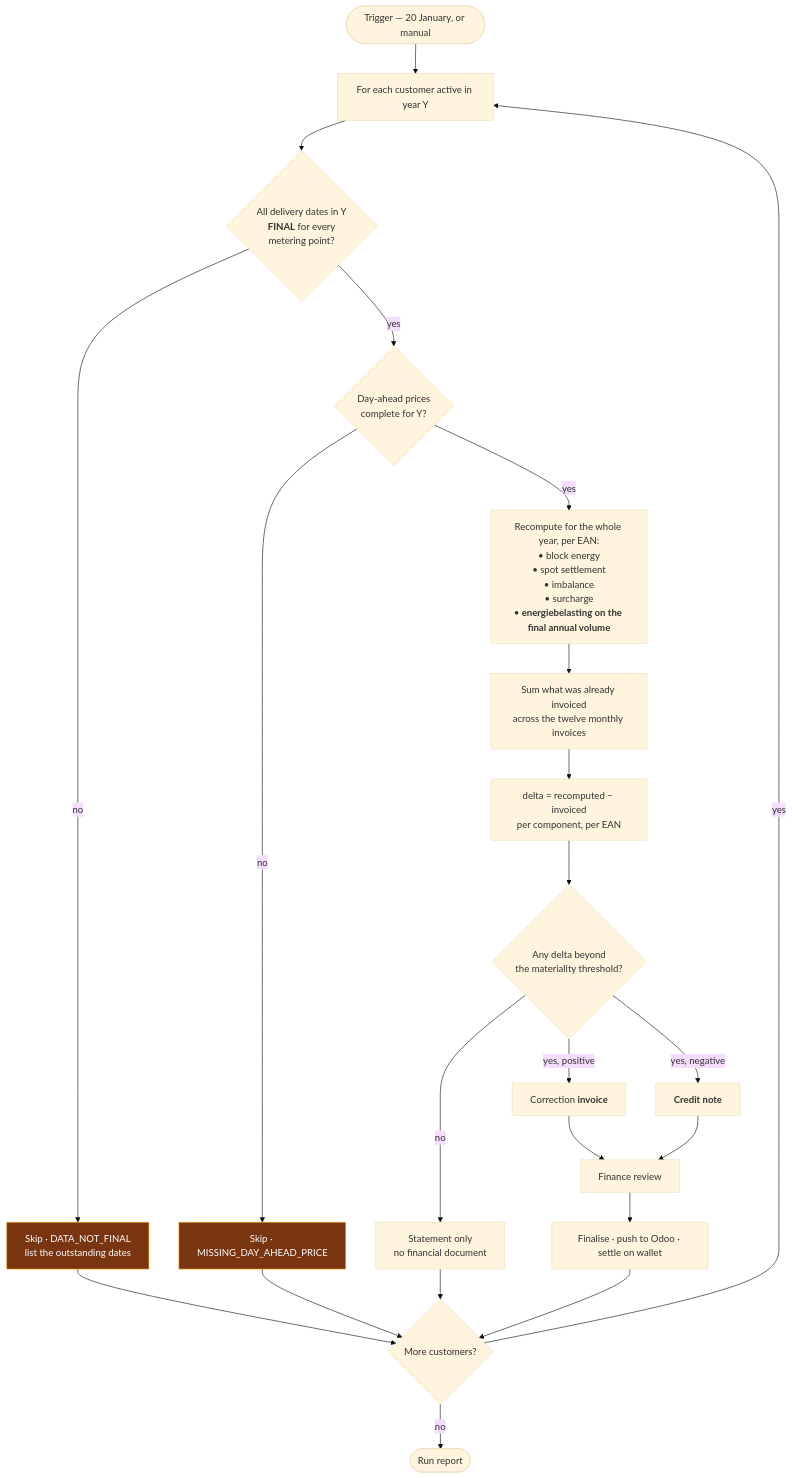
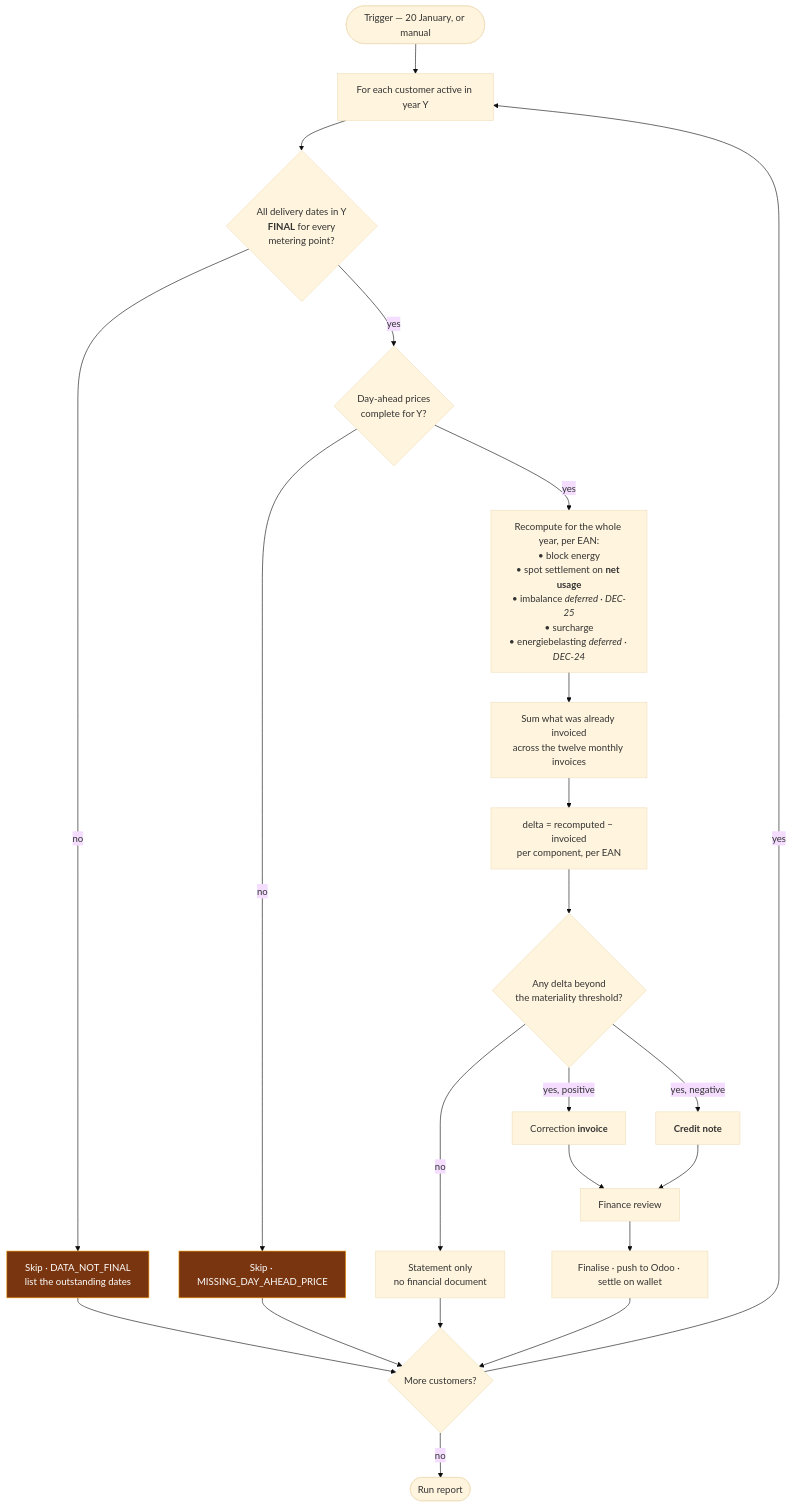
One commit to lukastosic-ifd/peakpowerspecs changed the second of 4 diagrams in specs/40-processes/05-annual-true-up.md. Above: the diagram before and after it, drawn with Mermaid (base theme). The commit also changed other lines of this file and 43 other files, not shown here.

````diff
--- a/specs/40-processes/05-annual-true-up.md
+++ b/specs/40-processes/05-annual-true-up.md
@@ -28,30 +60,30 @@
 ```mermaid
 flowchart TB
     T(["Trigger — 20 January, or manual"]) --> LOOP["For each customer active in year Y"]
     LOOP --> GATE{"All delivery dates in Y<br/><b>FINAL</b> for every<br/>metering point?"}
     GATE -->|no| SKIP["Skip · DATA_NOT_FINAL<br/>list the outstanding dates"]
     GATE -->|yes| PRICE{"Day-ahead prices<br/>complete for Y?"}
     PRICE -->|no| SKIP2["Skip · MISSING_DAY_AHEAD_PRICE"]
     PRICE -->|yes| RECALC
 
-    RECALC["Recompute for the whole year, per EAN:<br/>• block energy<br/>• spot settlement<br/>• imbalance<br/>• surcharge<br/>• <b>energiebelasting on the final annual volume</b>"]
+    RECALC["Recompute for the whole year, per EAN:<br/>• block energy<br/>• spot settlement on <b>net usage</b><br/>• imbalance <i>deferred · DEC-25</i><br/>• surcharge<br/>• energiebelasting <i>deferred · DEC-24</i>"]
     RECALC --> SUM["Sum what was already invoiced<br/>across the twelve monthly invoices"]
     SUM --> DELTA["delta = recomputed − invoiced<br/>per component, per EAN"]
     DELTA --> ZERO{"Any delta beyond<br/>the materiality threshold?"}
     ZERO -->|no| STMT["Statement only<br/>no financial document"]
     ZERO -->|"yes, positive"| INV["Correction <b>invoice</b>"]
     ZERO -->|"yes, negative"| CN["<b>Credit note</b>"]
 
     INV --> REVIEW["Finance review"]
     CN --> REVIEW
     STMT --> NEXT
     REVIEW --> FINAL["Finalise · push to Odoo · settle on wallet"]
     FINAL --> NEXT{"More customers?"}
     SKIP --> NEXT
     SKIP2 --> NEXT
     NEXT -->|yes| LOOP
     NEXT -->|no| REPORT(["Run report"])
 
     classDef warn fill:#78350f,stroke:#f59e0b,color:#fff
     class SKIP,SKIP2 warn
 ```
````
